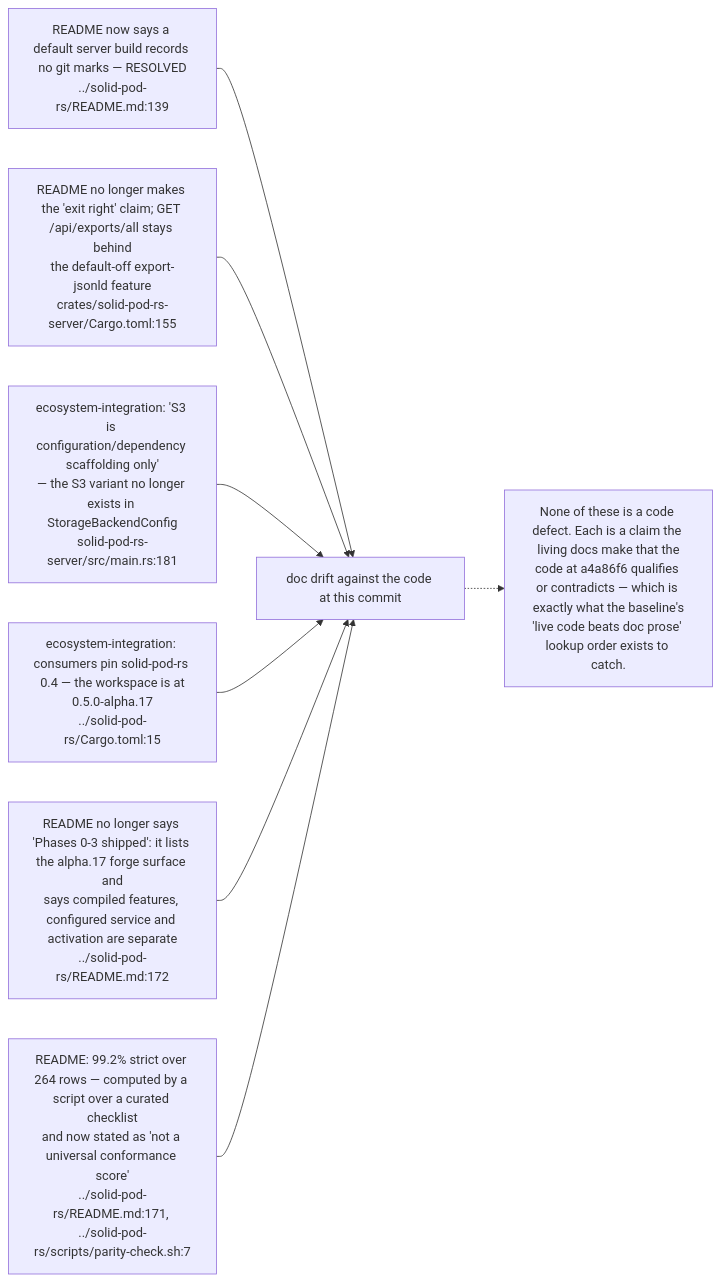
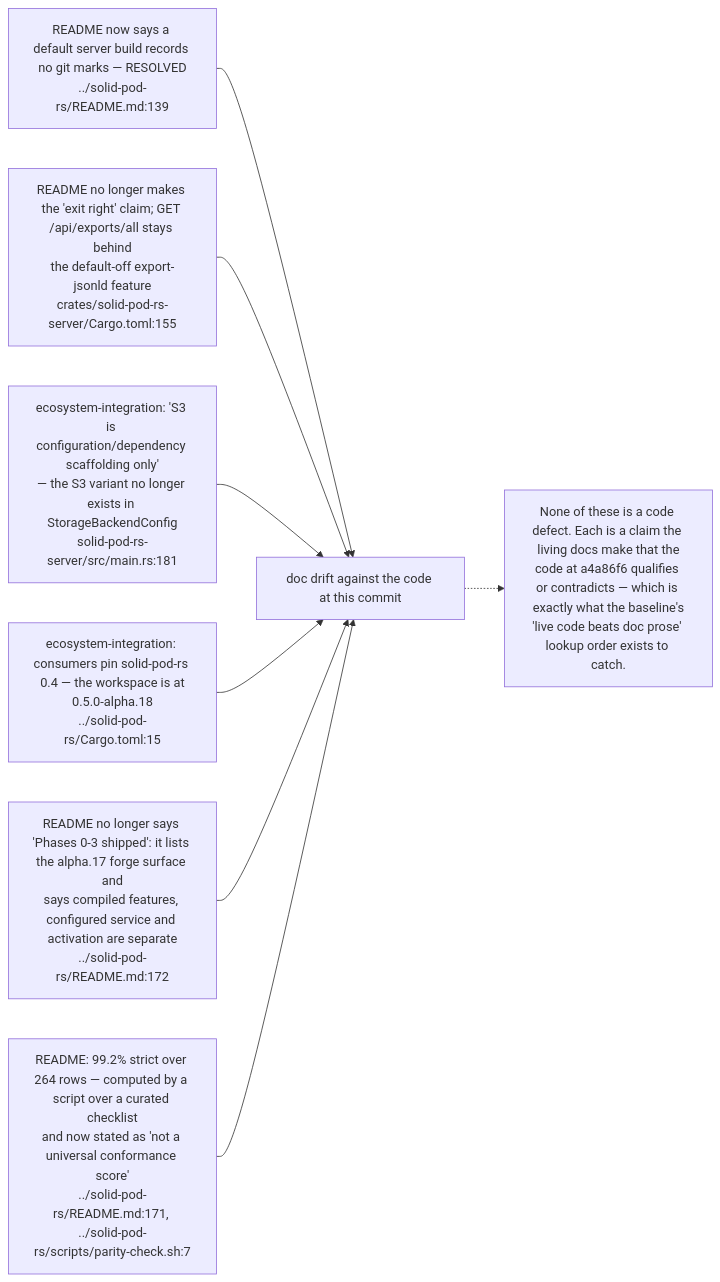
One commit to DreamLab-AI/VisionFlow changed the seventh of 12 diagrams in docs/diagrams/solid-pod-rs/10-failure-modes-and-invariants.md. Above: the diagram before and after it, drawn with Mermaid. The commit also changed other lines of this file and 142 other files, not shown here.

First line of the commit message:
docs(diagrams): one System One route; re-verify 140 topics at today's heads

````diff
--- a/docs/diagrams/solid-pod-rs/10-failure-modes-and-invariants.md
+++ b/docs/diagrams/solid-pod-rs/10-failure-modes-and-invariants.md
@@ -205,19 +205,19 @@
 ```mermaid
 flowchart LR
     R1["README now says a default server build records no git marks — RESOLVED<br/>../solid-pod-rs/README.md:139"]
     R2["README no longer makes the 'exit right' claim; GET /api/exports/all stays behind<br/>the default-off export-jsonld feature<br/>crates/solid-pod-rs-server/Cargo.toml:155"]
     R3["ecosystem-integration: 'S3 is configuration/dependency scaffolding only'<br/>— the S3 variant no longer exists in StorageBackendConfig<br/>solid-pod-rs-server/src/main.rs:181"]
-    R4["ecosystem-integration: consumers pin solid-pod-rs 0.4 — the workspace is at<br/>0.5.0-alpha.17<br/>../solid-pod-rs/Cargo.toml:15"]
+    R4["ecosystem-integration: consumers pin solid-pod-rs 0.4 — the workspace is at<br/>0.5.0-alpha.18<br/>../solid-pod-rs/Cargo.toml:15"]
     R5["README no longer says 'Phases 0-3 shipped': it lists the alpha.17 forge surface and<br/>says compiled features, configured service and activation are separate<br/>../solid-pod-rs/README.md:172"]
     R6["README: 99.2% strict over 264 rows — computed by a script over a curated checklist<br/>and now stated as 'not a universal conformance score'<br/>../solid-pod-rs/README.md:171, ../solid-pod-rs/scripts/parity-check.sh:7"]
 
     R1 --> REG["doc drift against the code at this commit"]
     R2 --> REG
     R3 --> REG
     R4 --> REG
     R5 --> REG
     R6 --> REG
 
     N["None of these is a code defect. Each is a claim the living docs make that the<br/>code at a4a86f6 qualifies or contradicts — which is exactly what the baseline's<br/>'live code beats doc prose' lookup order exists to catch."]
     REG -.-> N
 ```
````
